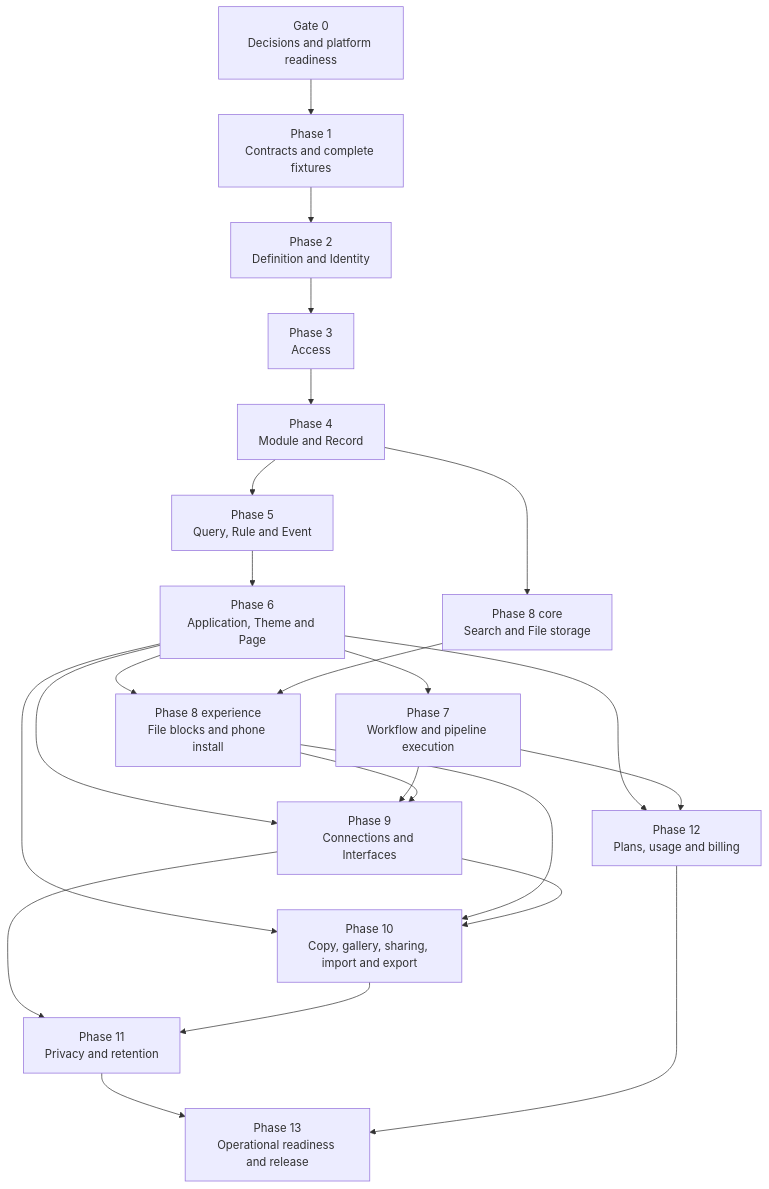
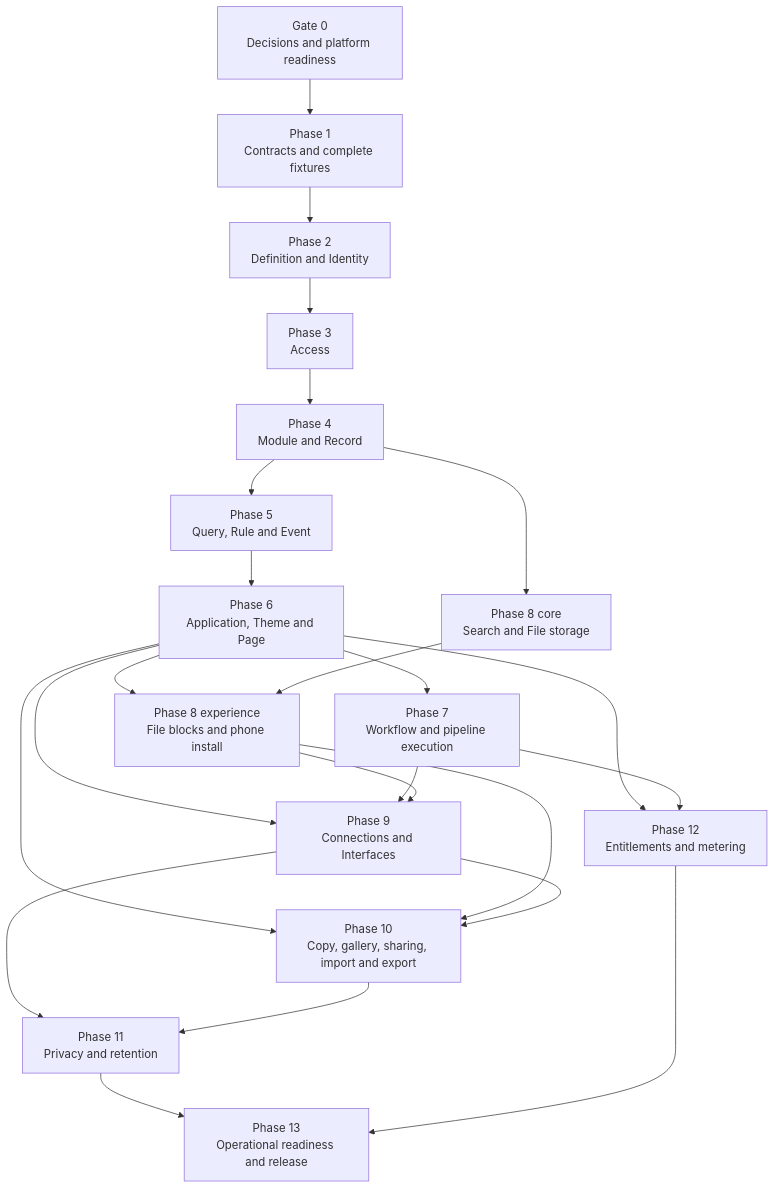
The diagram in docs/build-plan/README.md (Abzum-NZ/Abzum-Vortex), drawn with Mermaid before and after one commit. The commit also changed other lines of this file and 58 other files, not shown here.

````diff
--- a/docs/build-plan/README.md
+++ b/docs/build-plan/README.md
@@ -27,25 +28,25 @@
 ```mermaid
 flowchart TD
     G0[Gate 0<br/>Decisions and platform readiness] --> P1[Phase 1<br/>Contracts and complete fixtures]
     P1 --> P2[Phase 2<br/>Definition and Identity]
     P2 --> P3[Phase 3<br/>Access]
     P3 --> P4[Phase 4<br/>Module and Record]
     P4 --> P5[Phase 5<br/>Query, Rule and Event]
     P4 --> P8C[Phase 8 core<br/>Search and File storage]
     P5 --> P6[Phase 6<br/>Application, Theme and Page]
     P6 --> P7[Phase 7<br/>Workflow and pipeline execution]
     P6 --> P8U[Phase 8 experience<br/>File blocks and phone install]
     P8C --> P8U
     P6 --> P9[Phase 9<br/>Connections and Interfaces]
     P7 --> P9
     P8U --> P9
     P6 --> P10[Phase 10<br/>Copy, gallery, sharing, import and export]
     P8U --> P10
     P9 --> P10
     P9 --> P11[Phase 11<br/>Privacy and retention]
     P10 --> P11
-    P6 --> P12[Phase 12<br/>Plans, usage and billing]
+    P6 --> P12[Phase 12<br/>Entitlements and metering]
     P7 --> P12
     P11 --> P13[Phase 13<br/>Operational readiness and release]
     P12 --> P13
 ```
````
